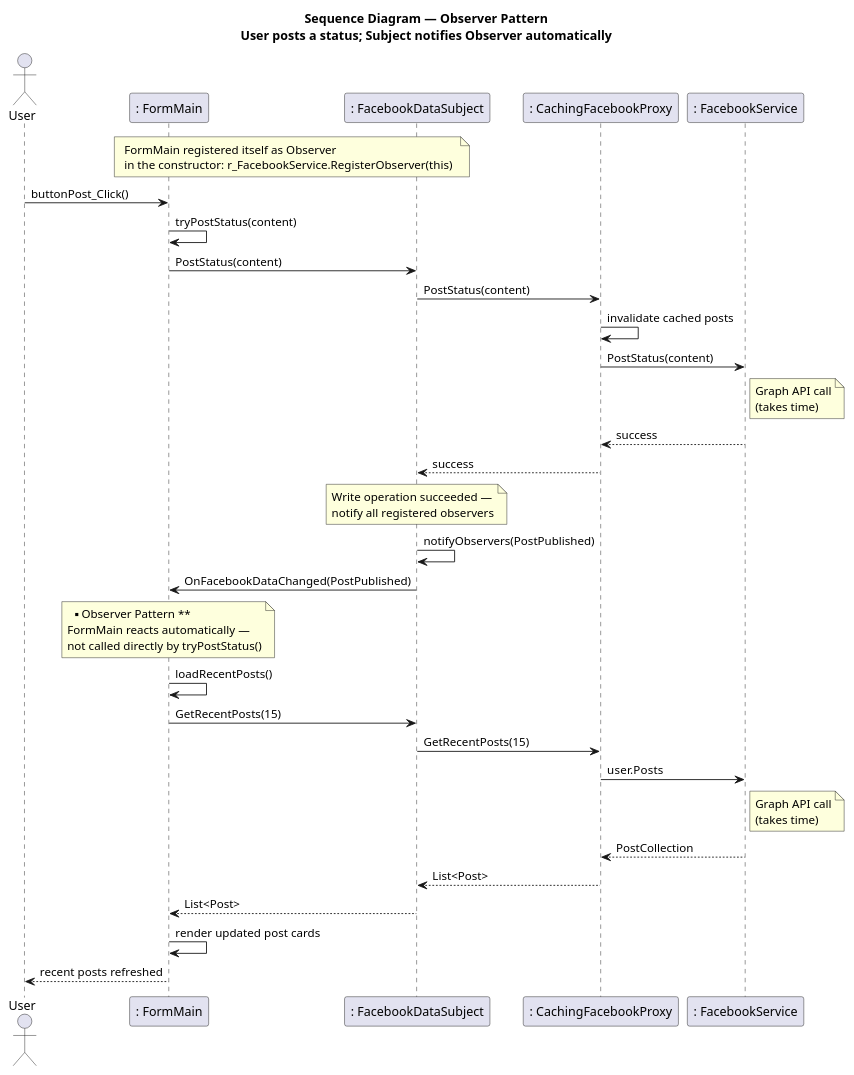
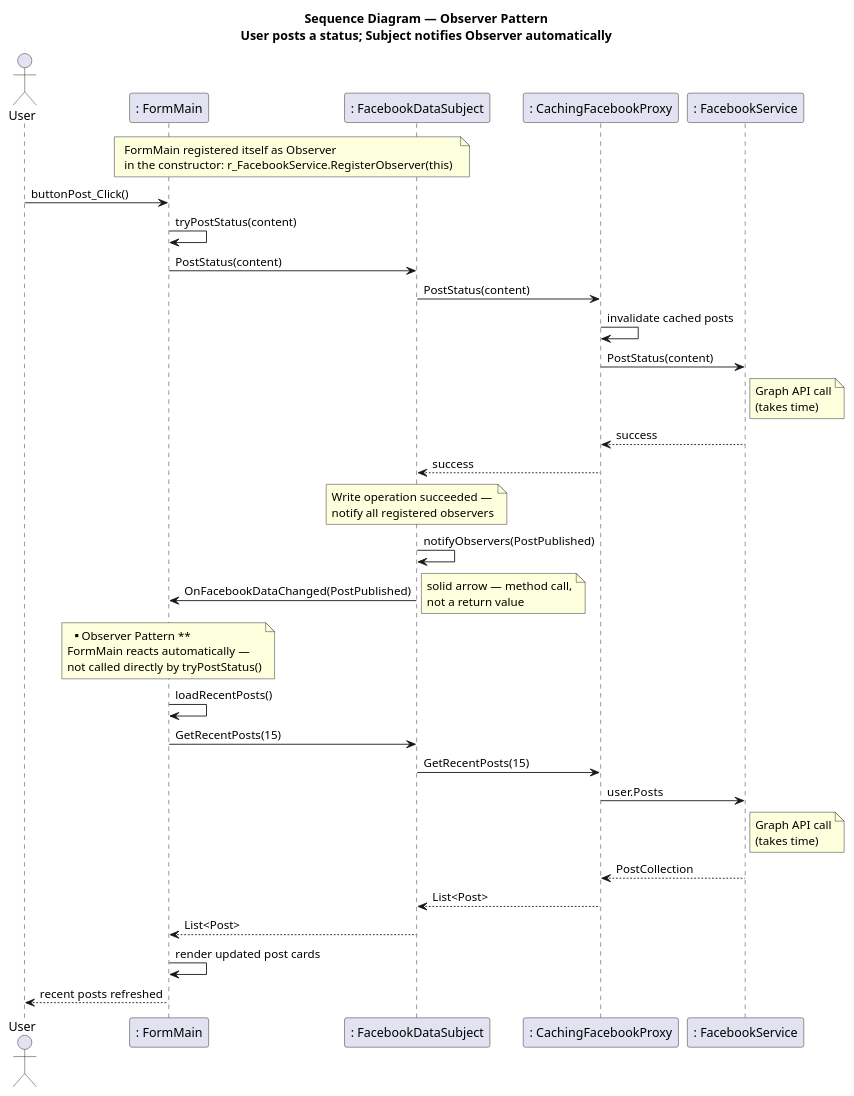
One commit to LotemKimchi/Application-Programming-Using-Design-Patterns changed the diagram in Project3/B26 Ex03 LotemKimchi 318173481 ShaniSalomon 208573683 NEW/uml/Observer_SequenceDiagram.puml. Above: the diagram before and after it, drawn with PlantUML. The commit also changed 3 other files, not shown here.

First line of the commit message:
Fix UML diagrams per review feedback

```diff
--- a/Project3/B26 Ex03 LotemKimchi 318173481 ShaniSalomon 208573683 NEW/uml/Observer_SequenceDiagram.puml
+++ b/Project3/B26 Ex03 LotemKimchi 318173481 ShaniSalomon 208573683 NEW/uml/Observer_SequenceDiagram.puml
@@ -1,52 +1,53 @@
 @startuml
 title Sequence Diagram — Observer Pattern\nUser posts a status; Subject notifies Observer automatically
 
 actor User
 participant ": FormMain" as Form
 participant ": FacebookDataSubject" as Subject
 participant ": CachingFacebookProxy" as Proxy
 participant ": FacebookService" as FB
 
 note over Form, Subject
   FormMain registered itself as Observer
   in the constructor: r_FacebookService.RegisterObserver(this)
 end note
 
 User -> Form : buttonPost_Click()
 Form -> Form : tryPostStatus(content)
 Form -> Subject : PostStatus(content)
 
 Subject -> Proxy : PostStatus(content)
 Proxy -> Proxy : invalidate cached posts
 Proxy -> FB : PostStatus(content)
 note right of FB : Graph API call\n(takes time)
 FB --> Proxy : success
 Proxy --> Subject : success
 
 note over Subject
   Write operation succeeded —
   notify all registered observers
 end note
 
 Subject -> Subject : notifyObservers(PostPublished)
 Subject -> Form : OnFacebookDataChanged(PostPublished)
+note right : solid arrow — method call,\nnot a return value
 
 note over Form
   ** Observer Pattern **
   FormMain reacts automatically —
   not called directly by tryPostStatus()
 end note
 
 Form -> Form : loadRecentPosts()
 
 Form -> Subject : GetRecentPosts(15)
 Subject -> Proxy : GetRecentPosts(15)
 Proxy -> FB : user.Posts
 note right of FB : Graph API call\n(takes time)
 FB --> Proxy : PostCollection
 Proxy --> Subject : List<Post>
 Subject --> Form : List<Post>
 Form -> Form : render updated post cards
 Form --> User : recent posts refreshed
 
 @enduml
```
